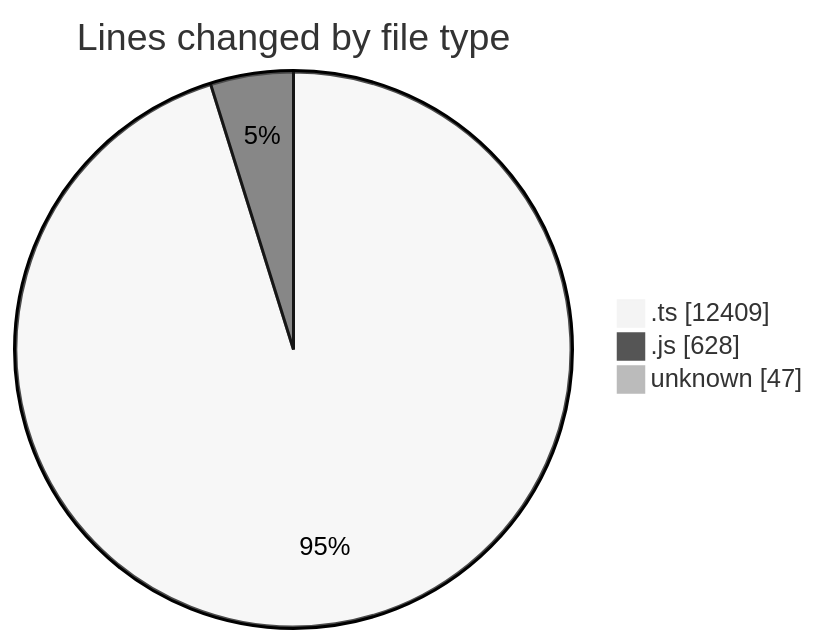
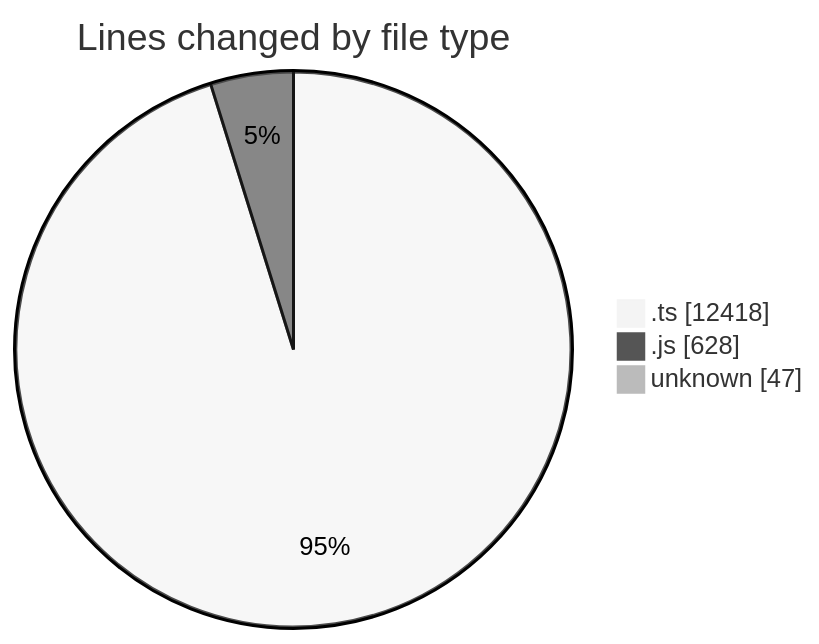
The first of 2 diagrams in 2025-09-05/cda/README.md (momahboobian/code-tracking), drawn with Mermaid (neutral theme) before and after one commit. The commit also changed other lines of this file and 1 other file, not shown here.

````diff
--- a/2025-09-05/cda/README.md
+++ b/2025-09-05/cda/README.md
@@ -25,7 +25,7 @@
 ```mermaid
 pie showData
 title Lines changed by file type
-".ts" : 12409
+".ts" : 12418
 ".js" : 628
 "unknown" : 47
 ```
````
